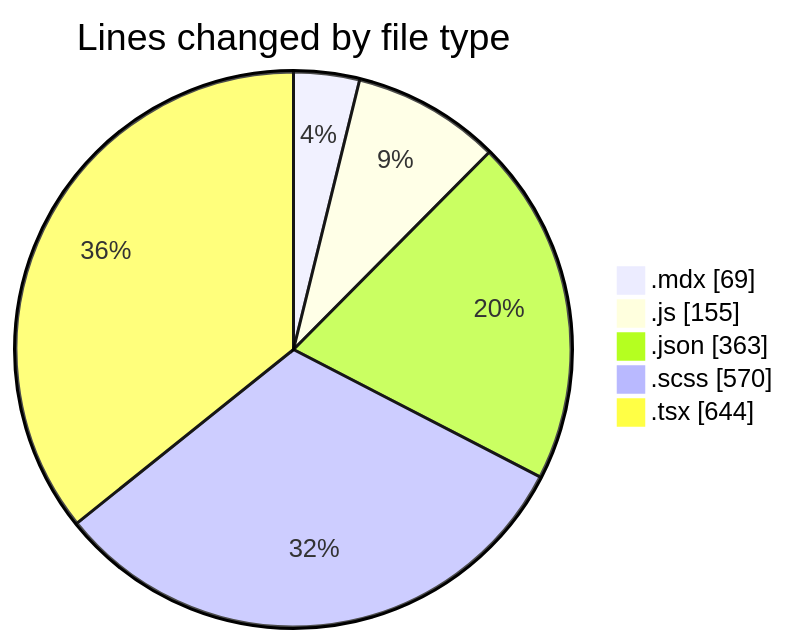
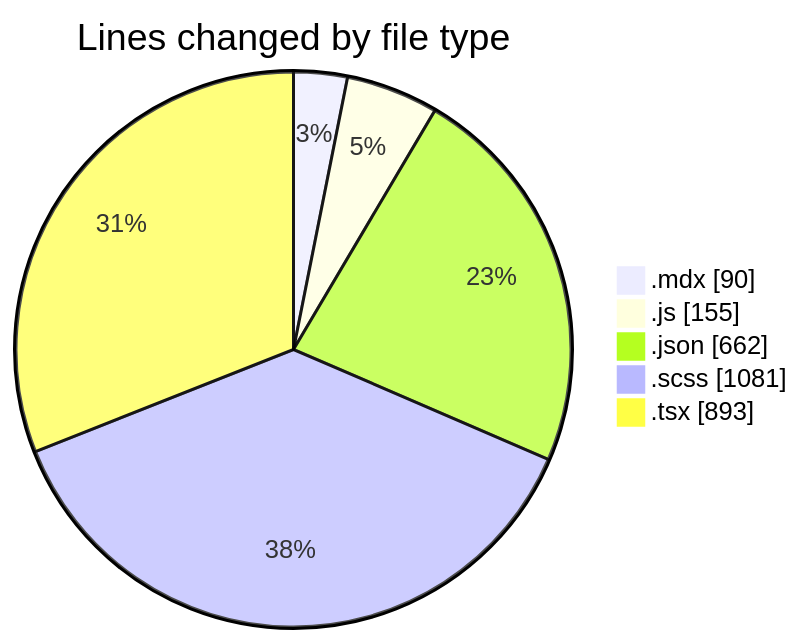
One commit to momahboobian/code-tracking changed the first of 2 diagrams in 2026-08-13/cda/README.md. Above: the diagram before and after it, drawn with Mermaid. The commit also changed other lines of this file and 1 other file, not shown here.

````diff
--- a/2026-08-13/cda/README.md
+++ b/2026-08-13/cda/README.md
@@ -32,9 +33,9 @@
 ```mermaid
 pie showData
 title Lines changed by file type
-".mdx" : 69
+".mdx" : 90
 ".js" : 155
-".json" : 363
-".scss" : 570
-".tsx" : 644
+".json" : 662
+".scss" : 1081
+".tsx" : 893
 ```
````
